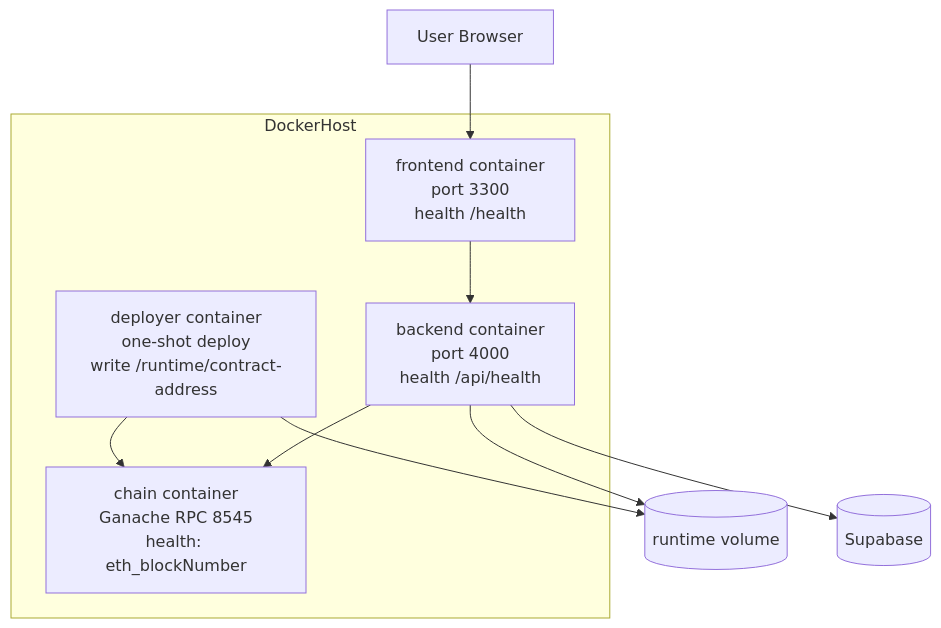
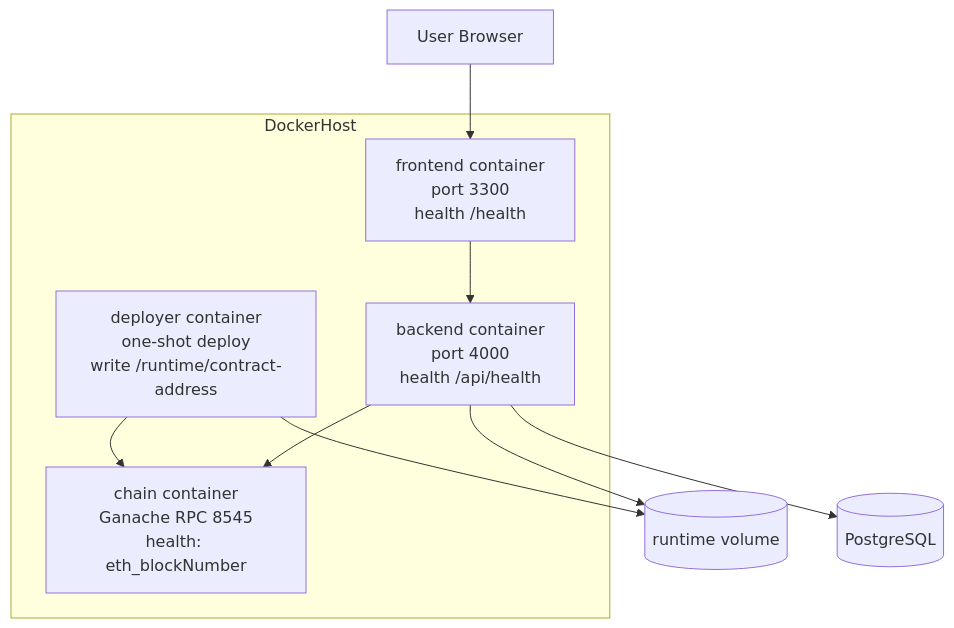
One commit to ahmedelbamby-aast/ScholarshipDisbursement changed the fourth of 5 diagrams in QUICKSTART.md. Above: the diagram before and after it, drawn with Mermaid. The commit also changed other lines of this file and 20 other files, not shown here.

````diff
--- a/QUICKSTART.md
+++ b/QUICKSTART.md
@@ -258,16 +259,16 @@
 ```mermaid
 flowchart TB
   subgraph DockerHost
     C[chain container\nGanache RPC 8545\nhealth: eth_blockNumber]
     D[deployer container\none-shot deploy\nwrite /runtime/contract-address]
     F[frontend container\nport 3300\nhealth /health]
     B[backend container\nport 4000\nhealth /api/health]
   end
   D --> C
   D --> R[(runtime volume)]
   B --> R
   U[User Browser] --> F
   F --> B
   B --> C
-  B --> DB[(Supabase)]
+  B --> DB[(PostgreSQL)]
 ```
````
